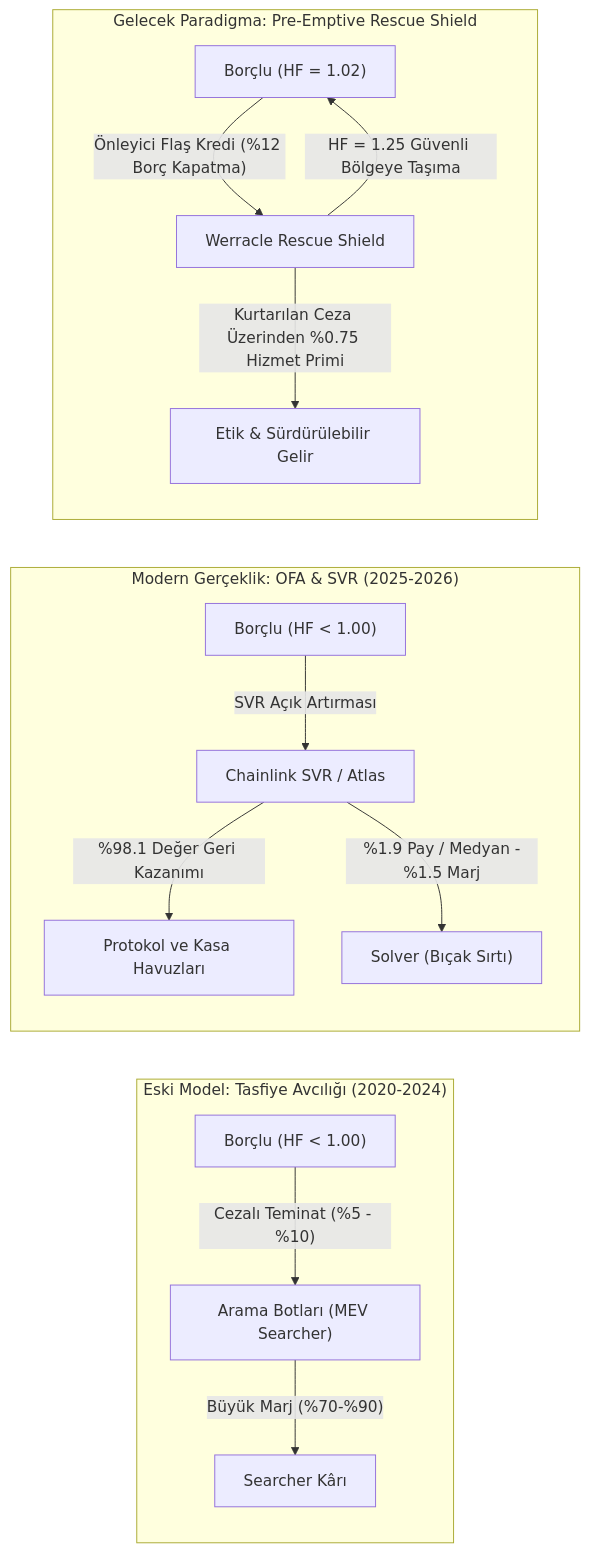
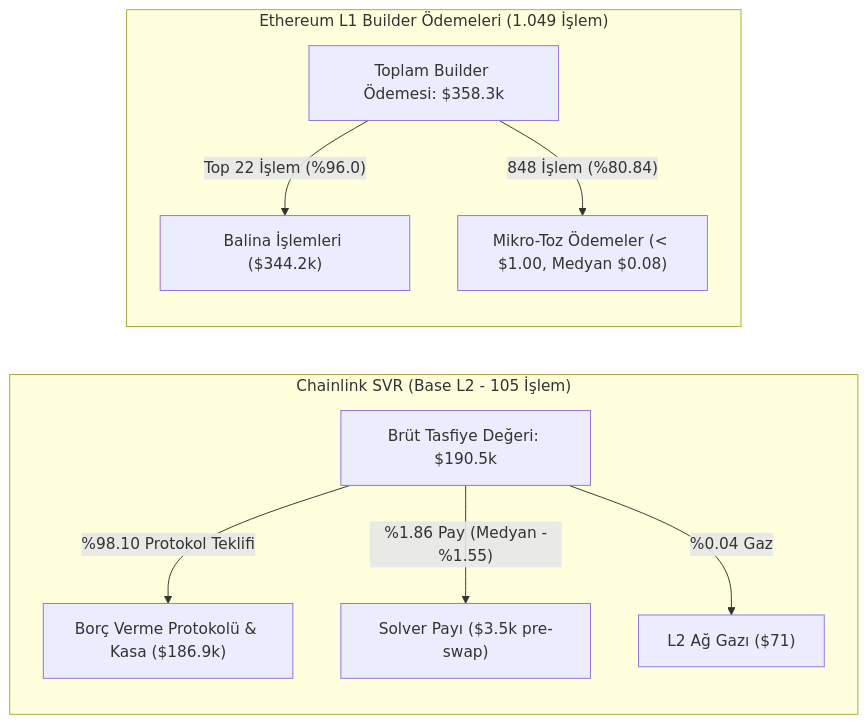
One commit to pCwOrM/fractal-neural-synthesis changed the first of 2 diagrams in docs/EMPIRICAL_OEV_AND_LIQUIDATION_RESEARCH_2026.md. Above: the diagram before and after it, drawn with Mermaid. The commit also changed other lines of this file and 6 other files, not shown here.

````diff
--- a/docs/EMPIRICAL_OEV_AND_LIQUIDATION_RESEARCH_2026.md
+++ b/docs/EMPIRICAL_OEV_AND_LIQUIDATION_RESEARCH_2026.md
@@ -21,19 +21,13 @@
 ```mermaid
 flowchart LR
-    subgraph Legacy["Eski Model: Tasfiye Avcılığı (2020-2024)"]
-        B1["Borçlu (HF < 1.00)"] -->|"Cezalı Teminat (%5 - %10)"| S1["Arama Botları (MEV Searcher)"]
-        S1 -->|"Büyük Marj (%70-%90)"| K1["Searcher Kârı"]
+    subgraph SVR["Chainlink SVR (Base L2 - 105 İşlem)"]
+        G1["Brüt Tasfiye Değeri: $190.5k"] -->|"%98.10 Protokol Teklifi"| P1["Borç Verme Protokolü & Kasa ($186.9k)"]
+        G1 -->|"%1.86 Pay (Medyan -%1.55)"| S1["Solver Payı ($3.5k pre-swap)"]
+        G1 -->|"%0.04 Gaz"| Gas1["L2 Ağ Gazı ($71)"]
     end
 
-    subgraph Modern["Modern Gerçeklik: OFA & SVR (2025-2026)"]
-        B2["Borçlu (HF < 1.00)"] -->|"SVR Açık Artırması"| A1["Chainlink SVR / Atlas"]
-        A1 -->|"%98.1 Değer Geri Kazanımı"| P2["Protokol ve Kasa Havuzları"]
-        A1 -->|"%1.9 Pay / Medyan -%1.5 Marj"| S2["Solver (Bıçak Sırtı)"]
-    end
-
-    subgraph Future["Gelecek Paradigma: Pre-Emptive Rescue Shield"]
-        B3["Borçlu (HF = 1.02)"] -->|"Önleyici Flaş Kredi (%12 Borç Kapatma)"| W1["Werracle Rescue Shield"]
-        W1 -->|"HF = 1.25 Güvenli Bölgeye Taşıma"| B3
-        W1 -->|"Kurtarılan Ceza Üzerinden %0.75 Hizmet Primi"| R1["Etik & Sürdürülebilir Gelir"]
+    subgraph L1["Ethereum L1 Builder Ödemeleri (1.049 İşlem)"]
+        B1["Toplam Builder Ödemesi: $358.3k"] -->|"Top 22 İşlem (%96.0)"| Whale["Balina İşlemleri ($344.2k)"]
+        B1 -->|"848 İşlem (%80.84)"| Dust["Mikro-Toz Ödemeler (< $1.00, Medyan $0.08)"]
     end
 ```
````
